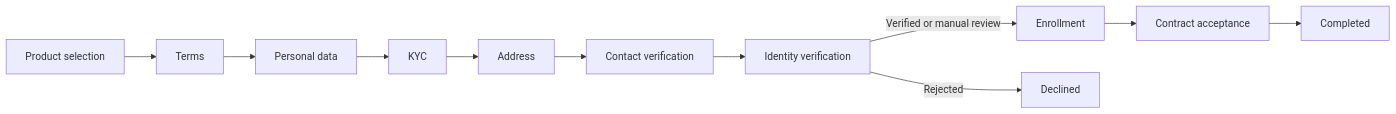
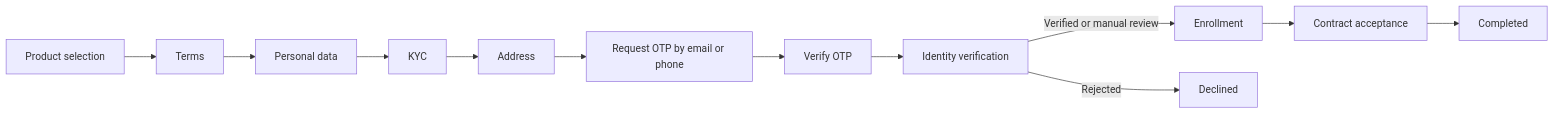
The diagram in README.md (v52alex/onboarding-client-g), drawn with Mermaid before and after one commit. The commit also changed other lines of this file and 13 other files, not shown here.

````diff
--- a/README.md
+++ b/README.md
@@ -26,13 +26,14 @@
 ```mermaid
 flowchart LR
     A[Product selection] --> B[Terms]
     B --> C[Personal data]
     C --> D[KYC]
     D --> E[Address]
-    E --> F[Contact verification]
-    F --> G[Identity verification]
-    G -->|Verified or manual review| H[Enrollment]
-    G -->|Rejected| X[Declined]
-    H --> I[Contract acceptance]
-    I --> J[Completed]
+    E --> F[Request OTP by email or phone]
+    F --> G[Verify OTP]
+    G --> H[Identity verification]
+    H -->|Verified or manual review| I[Enrollment]
+    H -->|Rejected| X[Declined]
+    I --> J[Contract acceptance]
+    J --> K[Completed]
 ```
````
